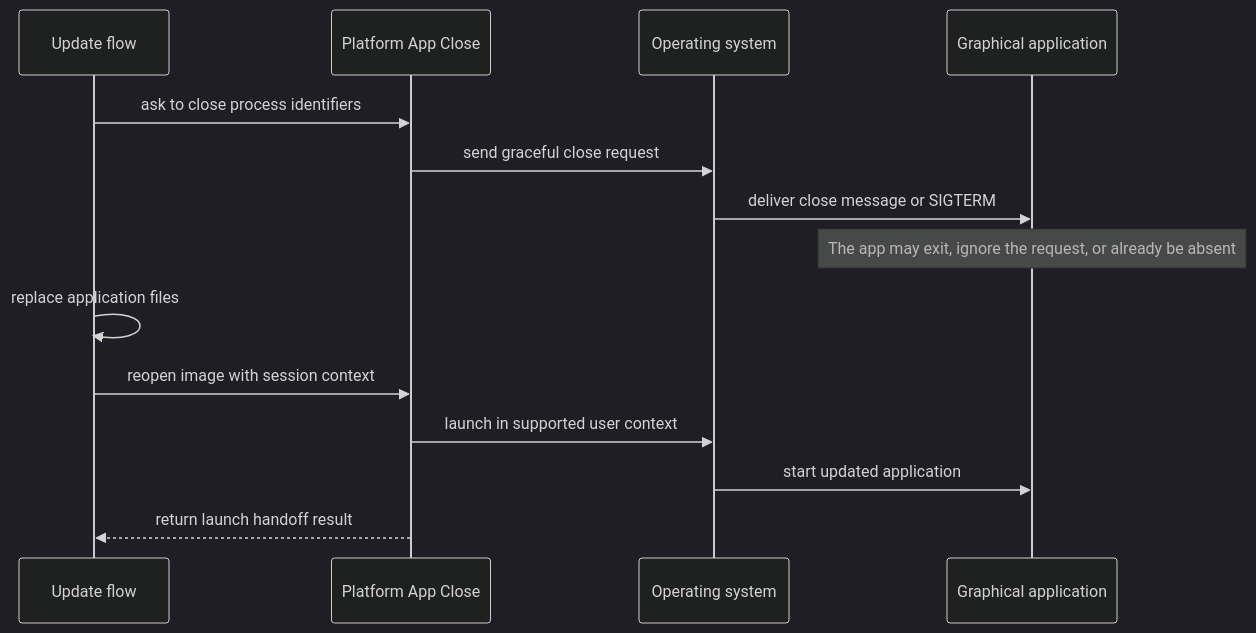
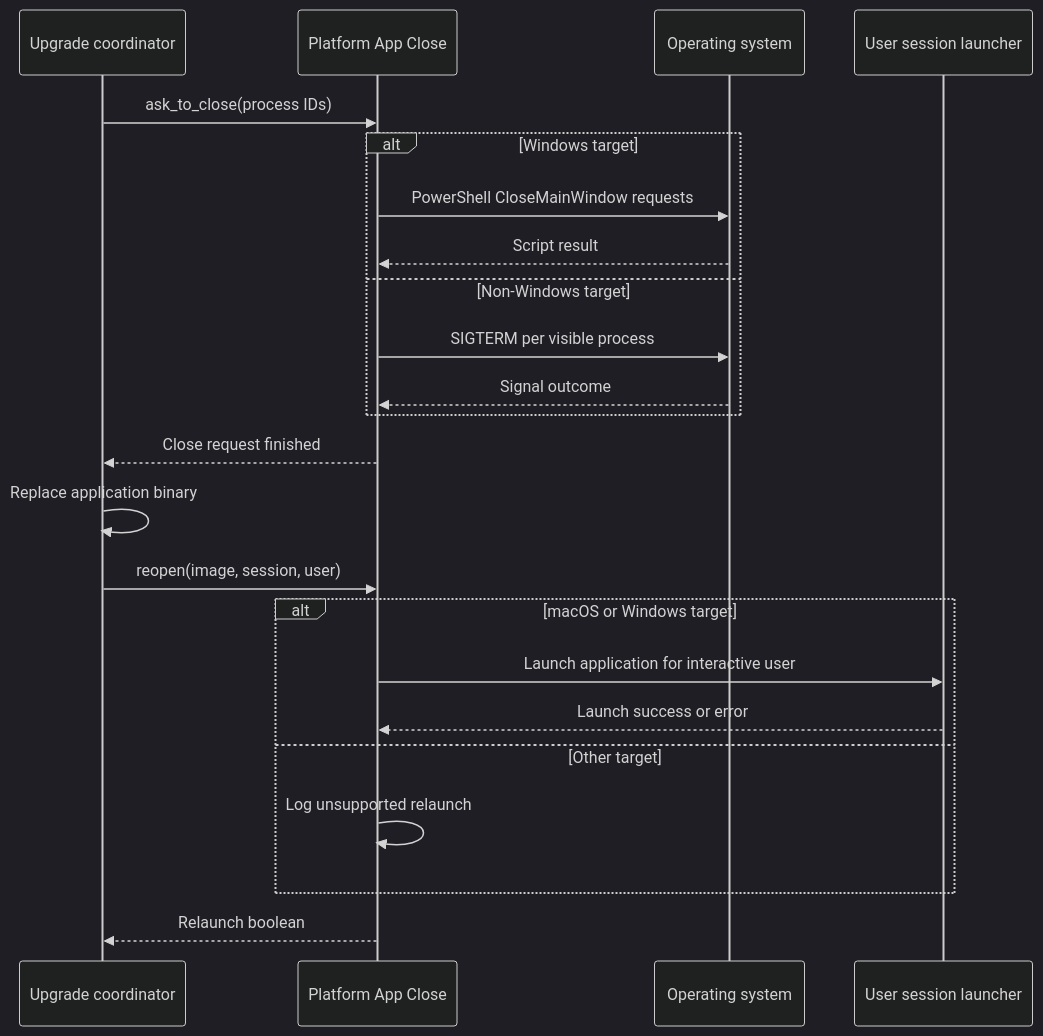
The fourth of 4 diagrams in docs/reference/architecture/openframe-client-core/platform-app-close/platform-app-close.md (flamingo-stack/openframe-oss-tenant), drawn with Mermaid (dark theme) before and after one commit. The commit also changed other lines of this file and 2377 other files, not shown here.

````diff
--- a/docs/reference/architecture/openframe-client-core/platform-app-close/platform-app-close.md
+++ b/docs/reference/architecture/openframe-client-core/platform-app-close/platform-app-close.md
@@ -71,16 +113,25 @@
 ```mermaid
 sequenceDiagram
-    participant Updater as Update flow
+    participant Coordinator as Upgrade coordinator
     participant Close as Platform App Close
     participant OS as Operating system
-    participant App as Graphical application
-    Updater->>Close: ask to close process identifiers
-    Close->>OS: send graceful close request
-    OS->>App: deliver close message or SIGTERM
-    Note over App: The app may exit, ignore the request, or already be absent
-    Updater->>Updater: replace application files
-    Updater->>Close: reopen image with session context
-    Close->>OS: launch in supported user context
-    OS->>App: start updated application
-    Close-->>Updater: return launch handoff result
+    participant Launcher as User session launcher
+    Coordinator->>Close: ask_to_close(process IDs)
+    alt Windows target
+        Close->>OS: PowerShell CloseMainWindow requests
+        OS-->>Close: Script result
+    else Non-Windows target
+        Close->>OS: SIGTERM per visible process
+        OS-->>Close: Signal outcome
+    end
+    Close-->>Coordinator: Close request finished
+    Coordinator->>Coordinator: Replace application binary
+    Coordinator->>Close: reopen(image, session, user)
+    alt macOS or Windows target
+        Close->>Launcher: Launch application for interactive user
+        Launcher-->>Close: Launch success or error
+    else Other target
+        Close->>Close: Log unsupported relaunch
+    end
+    Close-->>Coordinator: Relaunch boolean
 ```
````
